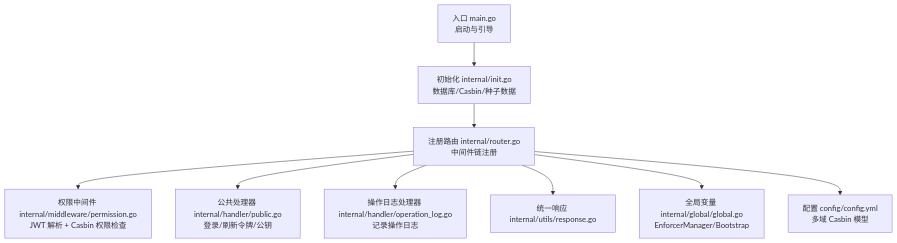
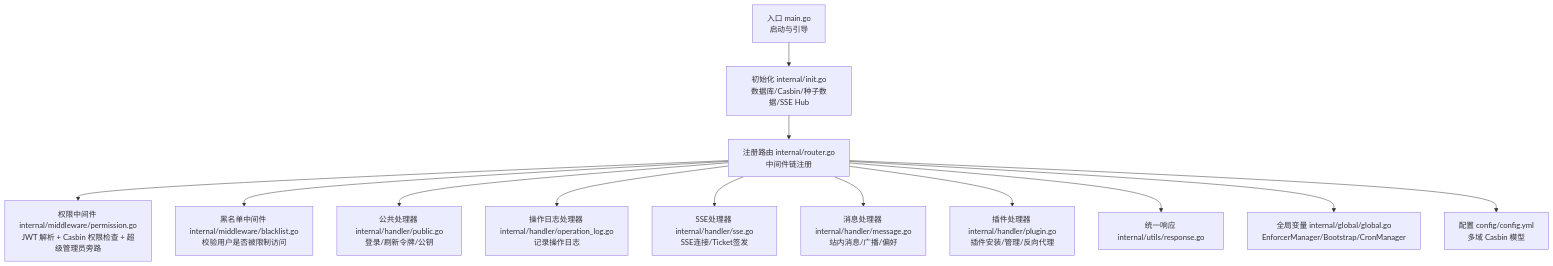
The first of 7 diagrams in .qoder/repowiki/zh/content/架构设计/中间件架构.md (wuwuseo/e-sports-go-admin), drawn with Mermaid before and after one commit. The commit also changed other lines of this file and 42 other files, not shown here.

````diff
--- a/.qoder/repowiki/zh/content/架构设计/中间件架构.md
+++ b/.qoder/repowiki/zh/content/架构设计/中间件架构.md
@@ -49,11 +55,15 @@
 ```mermaid
 graph TB
-A["入口 main.go<br/>启动与引导"] --> B["初始化 internal/init.go<br/>数据库/Casbin/种子数据"]
+A["入口 main.go<br/>启动与引导"] --> B["初始化 internal/init.go<br/>数据库/Casbin/种子数据/SSE Hub"]
 B --> C["注册路由 internal/router.go<br/>中间件链注册"]
-C --> D["权限中间件 internal/middleware/permission.go<br/>JWT 解析 + Casbin 权限检查"]
+C --> D["权限中间件 internal/middleware/permission.go<br/>JWT 解析 + Casbin 权限检查 + 超级管理员旁路"]
+C --> D2["黑名单中间件 internal/middleware/blacklist.go<br/>校验用户是否被限制访问"]
 C --> E["公共处理器 internal/handler/public.go<br/>登录/刷新令牌/公钥"]
 C --> F["操作日志处理器 internal/handler/operation_log.go<br/>记录操作日志"]
-C --> G["统一响应 internal/utils/response.go"]
-C --> H["全局变量 internal/global/global.go<br/>EnforcerManager/Bootstrap"]
-C --> I["配置 config/config.yml<br/>多域 Casbin 模型"]
+C --> G["SSE处理器 internal/handler/sse.go<br/>SSE连接/Ticket签发"]
+C --> H["消息处理器 internal/handler/message.go<br/>站内消息/广播/偏好"]
+C --> I["插件处理器 internal/handler/plugin.go<br/>插件安装/管理/反向代理"]
+C --> J["统一响应 internal/utils/response.go"]
+C --> K["全局变量 internal/global/global.go<br/>EnforcerManager/Bootstrap/CronManager"]
+C --> L["配置 config/config.yml<br/>多域 Casbin 模型"]
 ```
````
